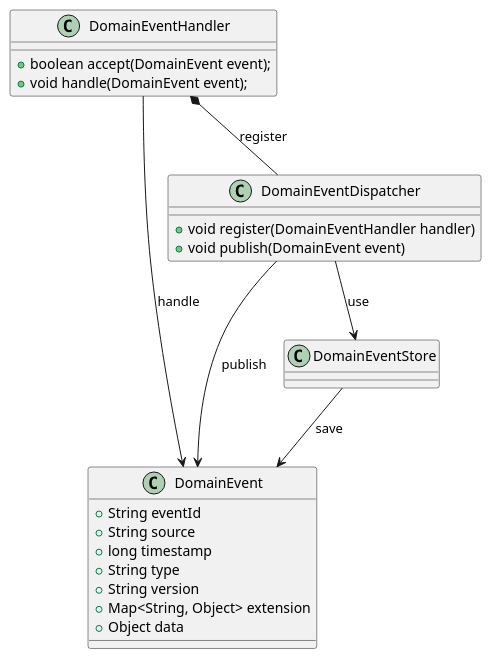
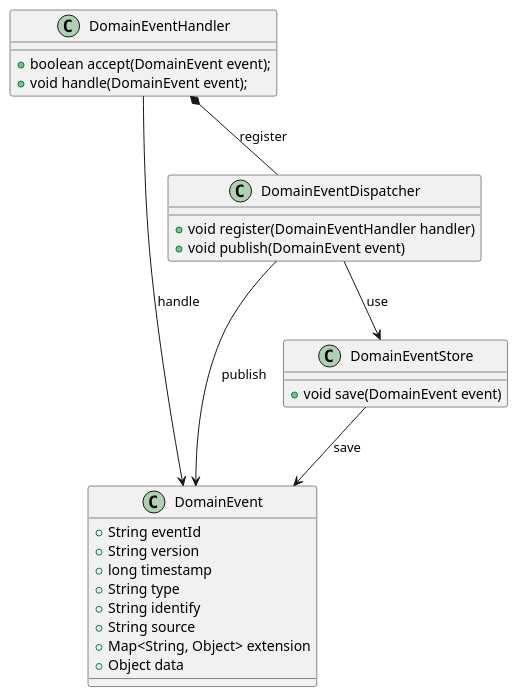
One commit to lazycece/rapidf changed the diagram in rapidf-components/rapidf-domain/src/main/java/com/lazycece/rapidf/domain/event/puml/domain-event.puml. Above: the diagram before and after it, drawn with PlantUML.

```diff
--- a/rapidf-components/rapidf-domain/src/main/java/com/lazycece/rapidf/domain/event/puml/domain-event.puml
+++ b/rapidf-components/rapidf-domain/src/main/java/com/lazycece/rapidf/domain/event/puml/domain-event.puml
@@ -1,30 +1,33 @@
 @startuml domain-event
 class DomainEvent {
   + String eventId
-  + String source
+  + String version
   + long timestamp
   + String type
-  + String version
+  + String identify
+  + String source
   + Map<String, Object> extension
   + Object data
 }
 
 class DomainEventHandler {
   + boolean accept(DomainEvent event);
   + void handle(DomainEvent event);
 }
 
 class DomainEventDispatcher {
  + void register(DomainEventHandler handler)
  + void publish(DomainEvent event)
 }
 
-class DomainEventStore
+class DomainEventStore {
+ + void save(DomainEvent event)
+}
 
 DomainEventDispatcher -down-> DomainEventStore: use
 DomainEventStore -down-> DomainEvent: save
 DomainEventDispatcher -up-* DomainEventHandler: register
 DomainEventDispatcher ---> DomainEvent: publish
 DomainEventHandler --> DomainEvent: handle
 
 @enduml
```
